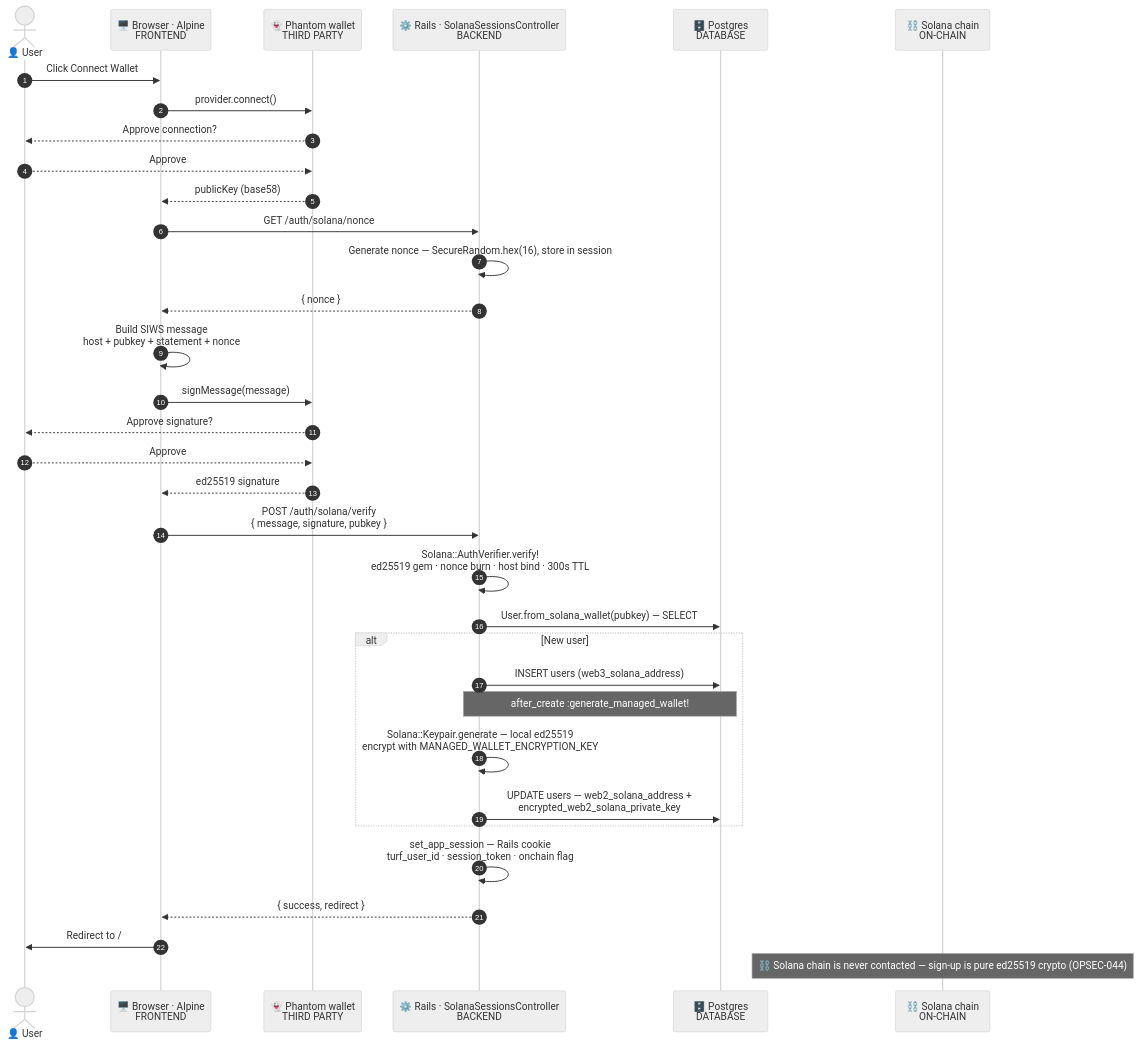
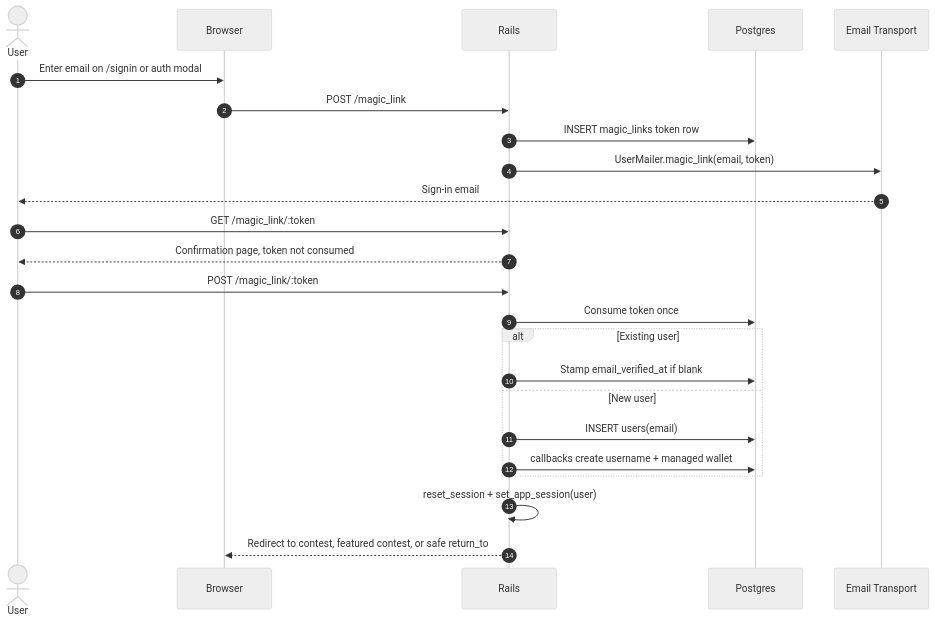
One commit to amcritchie/turf-monster changed the first of 3 diagrams in docs/SIGNUP_FLOWS.md. Above: the diagram before and after it, drawn with Mermaid (neutral theme). The commit also changed other lines of this file and 12 other files, not shown here.

````diff
--- a/docs/SIGNUP_FLOWS.md
+++ b/docs/SIGNUP_FLOWS.md
@@ -77,41 +73,27 @@
 ```mermaid
 sequenceDiagram
     autonumber
-    actor U as 👤 User
-    participant FE as 🖥️ Browser · Alpine<br/>FRONTEND
-    participant PH as 👻 Phantom wallet<br/>THIRD PARTY
-    participant BE as ⚙️ Rails · SolanaSessionsController<br/>BACKEND
-    participant DB as 🗄️ Postgres<br/>DATABASE
-    participant CH as ⛓️ Solana chain<br/>ON-CHAIN
+    actor U as User
+    participant FE as Browser
+    participant BE as Rails
+    participant DB as Postgres
+    participant MAIL as Email Transport
 
-    U->>FE: Click Connect Wallet
-    FE->>PH: provider.connect()
-    PH-->>U: Approve connection?
-    U-->>PH: Approve
-    PH-->>FE: publicKey (base58)
-
-    FE->>BE: GET /auth/solana/nonce
-    BE->>BE: Generate nonce — SecureRandom.hex(16), store in session
-    BE-->>FE: { nonce }
-
-    FE->>FE: Build SIWS message<br/>host + pubkey + statement + nonce
-    FE->>PH: signMessage(message)
-    PH-->>U: Approve signature?
-    U-->>PH: Approve
-    PH-->>FE: ed25519 signature
-
-    FE->>BE: POST /auth/solana/verify<br/>{ message, signature, pubkey }
-    BE->>BE: Solana::AuthVerifier.verify!<br/>ed25519 gem · nonce burn · host bind · 300s TTL
-    BE->>DB: User.from_solana_wallet(pubkey) — SELECT
-    alt New user
-        BE->>DB: INSERT users (web3_solana_address)
-        Note over BE,DB: after_create :generate_managed_wallet!
-        BE->>BE: Solana::Keypair.generate — local ed25519<br/>encrypt with MANAGED_WALLET_ENCRYPTION_KEY
-        BE->>DB: UPDATE users — web2_solana_address +<br/>encrypted_web2_solana_private_key
+    U->>FE: Enter email on /signin or auth modal
+    FE->>BE: POST /magic_link
+    BE->>DB: INSERT magic_links token row
+    BE->>MAIL: UserMailer.magic_link(email, token)
+    MAIL-->>U: Sign-in email
+    U->>BE: GET /magic_link/:token
+    BE-->>U: Confirmation page, token not consumed
+    U->>BE: POST /magic_link/:token
+    BE->>DB: Consume token once
+    alt Existing user
+        BE->>DB: Stamp email_verified_at if blank
+    else New user
+        BE->>DB: INSERT users(email)
+        BE->>DB: callbacks create username + managed wallet
     end
-    BE->>BE: set_app_session — Rails cookie<br/>turf_user_id · session_token · onchain flag
-    BE-->>FE: { success, redirect }
-    FE->>U: Redirect to /
-
-    Note over CH: ⛓️ Solana chain is never contacted — sign-up is pure ed25519 crypto (OPSEC-044)
+    BE->>BE: reset_session + set_app_session(user)
+    BE-->>FE: Redirect to contest, featured contest, or safe return_to
 ```
````
